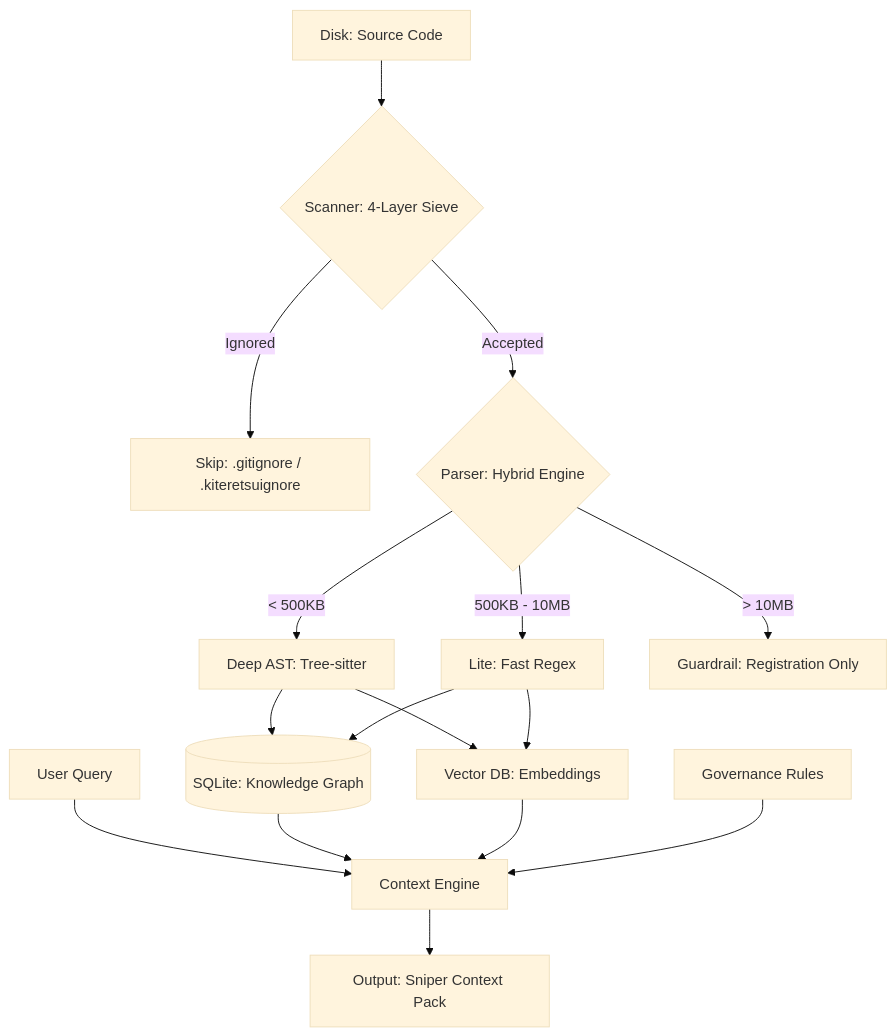
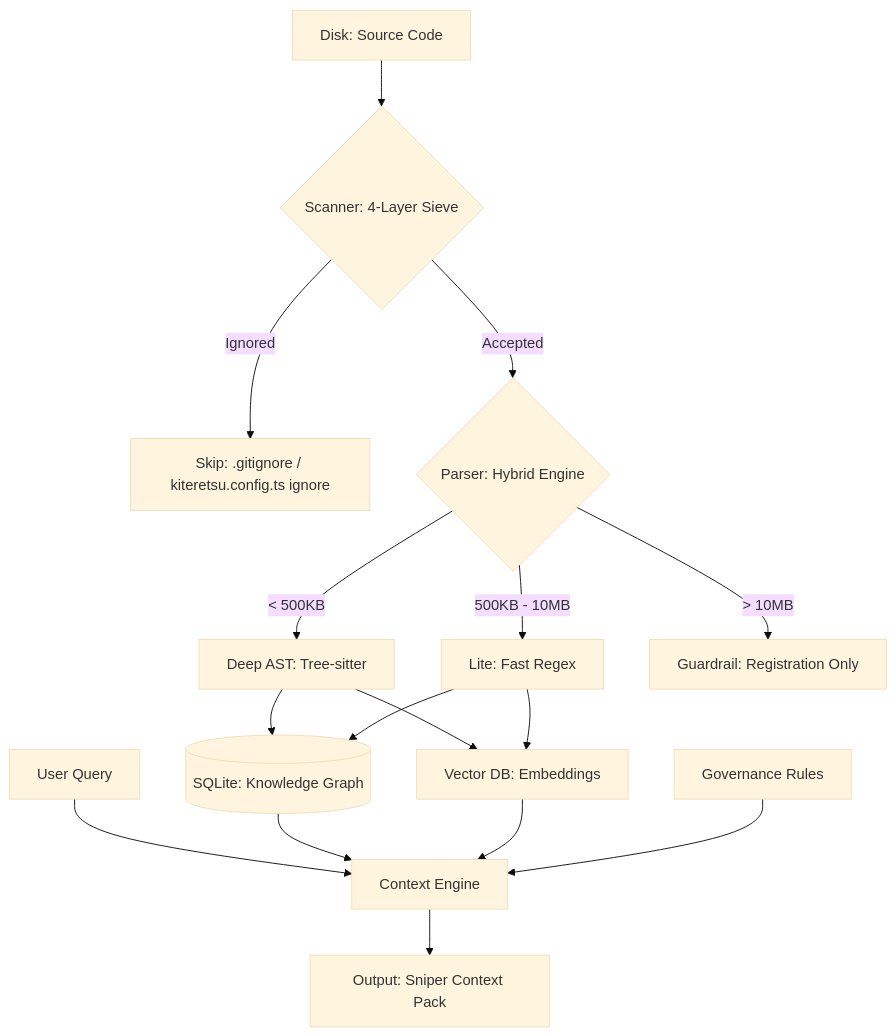
One commit to spellsaif/kiteretsu changed the first of 2 diagrams in packages/docs/docs/architecture.md. Above: the diagram before and after it, drawn with Mermaid (base theme). The commit also changed other lines of this file and 9 other files, not shown here.

First line of the commit message:
refactor(config): purge all legacy .kiteretsuignore and JSON config references

````diff
--- a/packages/docs/docs/architecture.md
+++ b/packages/docs/docs/architecture.md
@@ -13,17 +13,17 @@
 ```mermaid
 graph TD
     A[Disk: Source Code] --> B{Scanner: 4-Layer Sieve}
-    B -- Ignored --> C[Skip: .gitignore / .kiteretsuignore]
+    B -- Ignored --> C[Skip: .gitignore / kiteretsu.config.ts ignore]
     B -- Accepted --> D{Parser: Hybrid Engine}
     
     D -- < 500KB --> E[Deep AST: Tree-sitter]
     D -- 500KB - 10MB --> F[Lite: Fast Regex]
     D -- > 10MB --> G[Guardrail: Registration Only]
     
     E & F --> H[(SQLite: Knowledge Graph)]
     E & F --> I[Vector DB: Embeddings]
     
     J[User Query] --> K[Context Engine]
     H & I & L[Governance Rules] --> K
     K --> M[Output: Sniper Context Pack]
 ```
````
